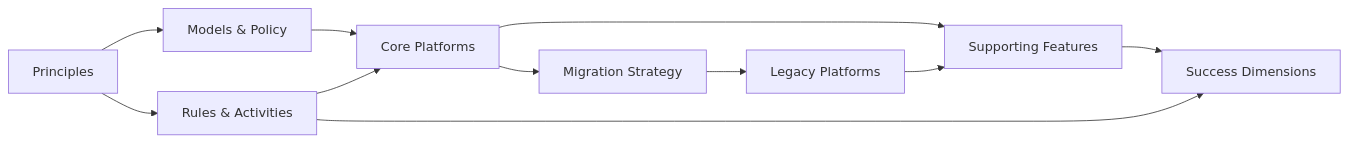
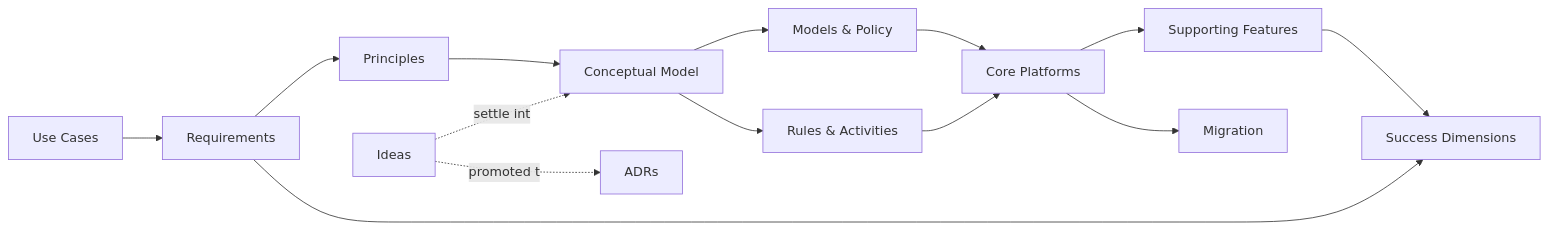
Before and after one commit to matthiasautrata/cfp-data: the diagram in README.md, drawn with Mermaid. The commit also changed other lines of this file and 8 other files, not shown here.

First line of the commit message:
Add stakeholders/use cases, requirements trace matrix, current state, conceptual model, estate CSV, ISSUES.md; update AGENTS.md and README

````diff
--- a/README.md
+++ b/README.md
@@ -60,13 +45,16 @@
 ```mermaid
 flowchart LR
-    P[Principles] --> M[Models & Policy]
-    P --> R[Rules & Activities]
+    UC[Use Cases] --> REQ[Requirements]
+    REQ --> P[Principles]
+    P --> CM[Conceptual Model]
+    CM --> M[Models & Policy]
+    CM --> R[Rules & Activities]
     M --> C[Core Platforms]
     R --> C
     C --> F[Supporting Features]
-    C --> S[Migration Strategy]
-    S --> L[Legacy Platforms]
-    L --> F
+    C --> S[Migration]
     F --> D[Success Dimensions]
-    R --> D
+    REQ --> D
+    I[Ideas] -.settle into.-> CM
+    I -.promoted to.-> ADR[ADRs]
 ```
````
